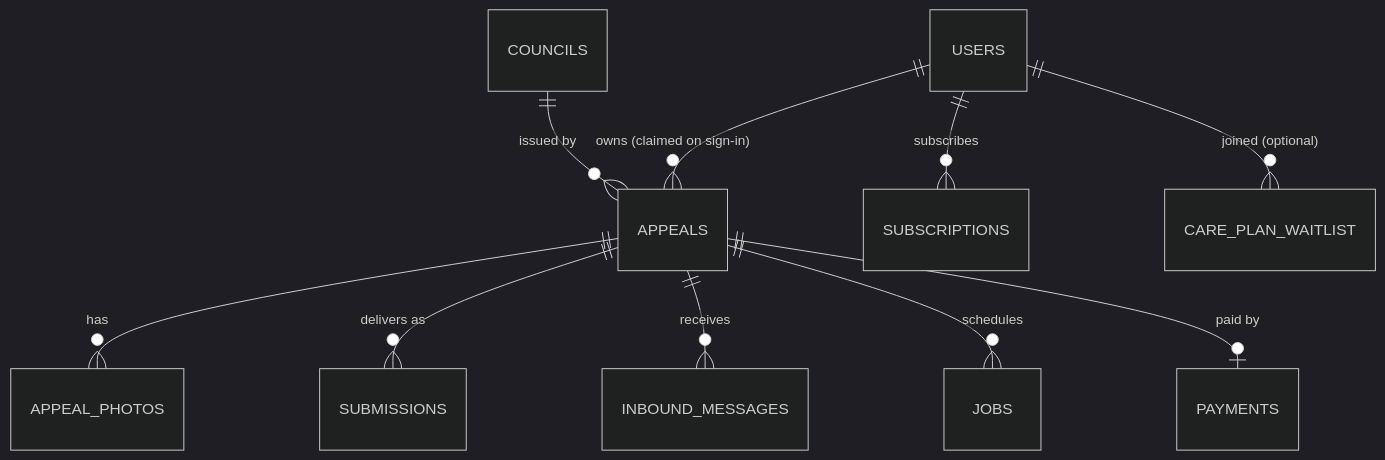
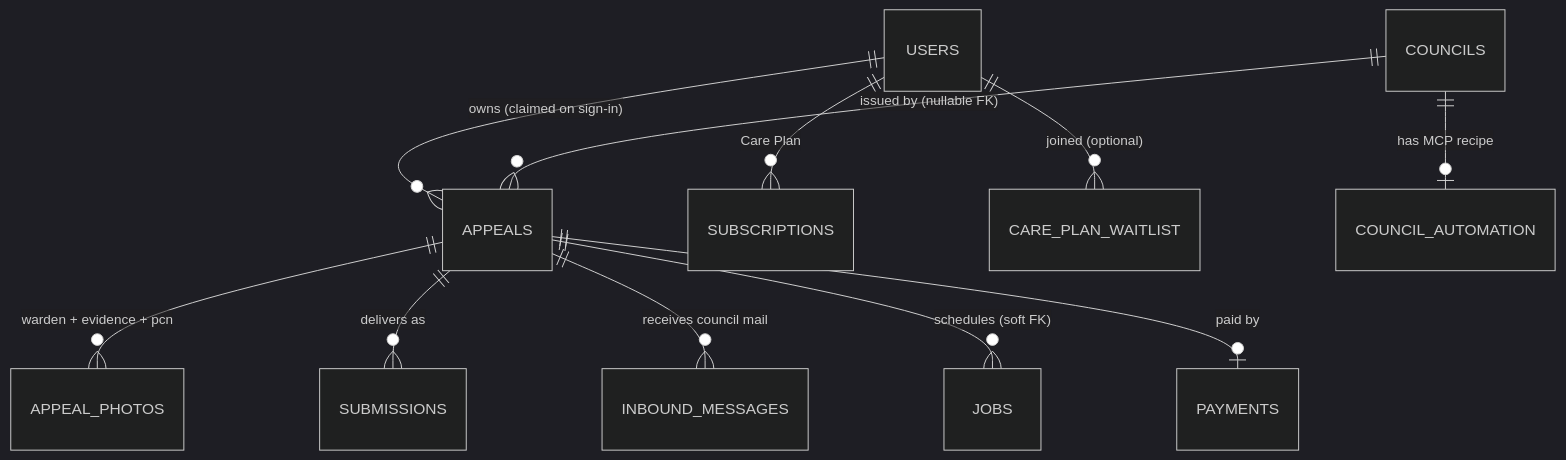
Before and after one commit to moses220200-lang/snappeal: the diagram in wiki/docs/architecture/data-model.md, drawn with Mermaid (dark theme). The commit also changed other lines of this file and 158 other files, not shown here.

````diff
--- a/wiki/docs/architecture/data-model.md
+++ b/wiki/docs/architecture/data-model.md
@@ -7,12 +9,13 @@
 ```mermaid
 erDiagram
     USERS ||--o{ APPEALS : "owns (claimed on sign-in)"
-    USERS ||--o{ SUBSCRIPTIONS : "subscribes"
+    USERS ||--o{ SUBSCRIPTIONS : "Care Plan"
     USERS ||--o{ CARE_PLAN_WAITLIST : "joined (optional)"
-    APPEALS ||--o{ APPEAL_PHOTOS : "has"
+    COUNCILS ||--o| COUNCIL_AUTOMATION : "has MCP recipe"
+    COUNCILS ||--o{ APPEALS : "issued by (nullable FK)"
+    APPEALS ||--o{ APPEAL_PHOTOS : "warden + evidence + pcn"
     APPEALS ||--o{ SUBMISSIONS : "delivers as"
-    APPEALS ||--o{ INBOUND_MESSAGES : "receives"
-    APPEALS ||--o{ JOBS : "schedules"
+    APPEALS ||--o{ INBOUND_MESSAGES : "receives council mail"
+    APPEALS ||--o{ JOBS : "schedules (soft FK)"
     APPEALS ||--o| PAYMENTS : "paid by"
-    COUNCILS ||--o{ APPEALS : "issued by"
 ```
````
